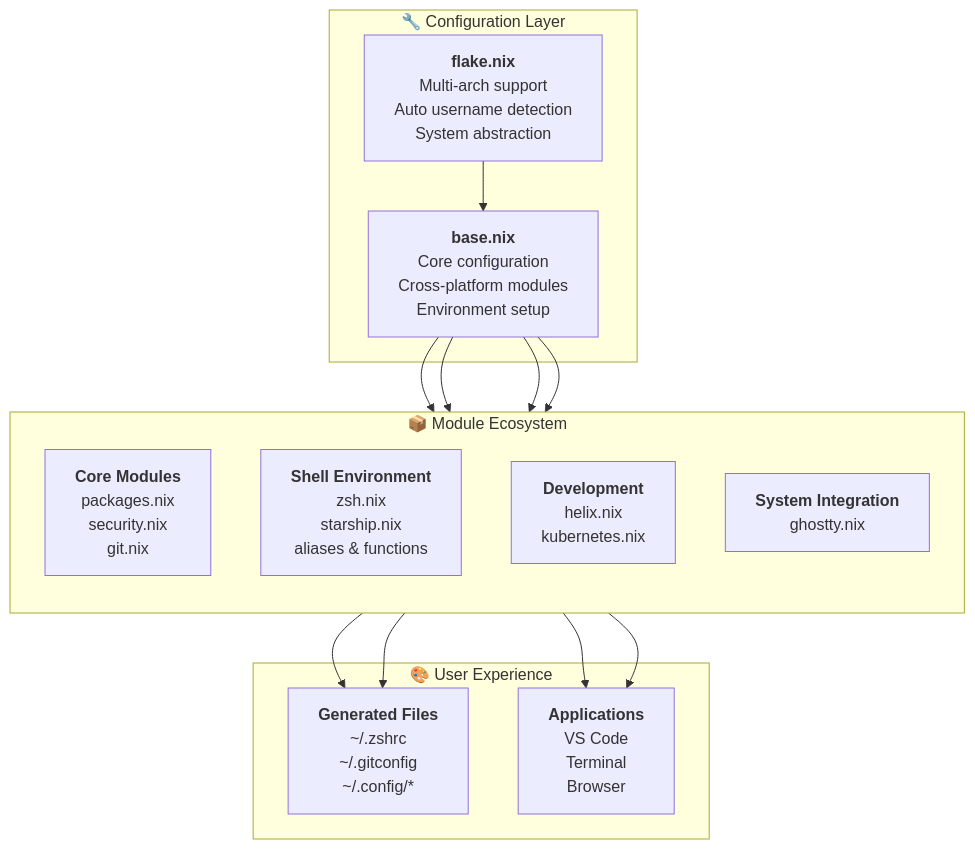
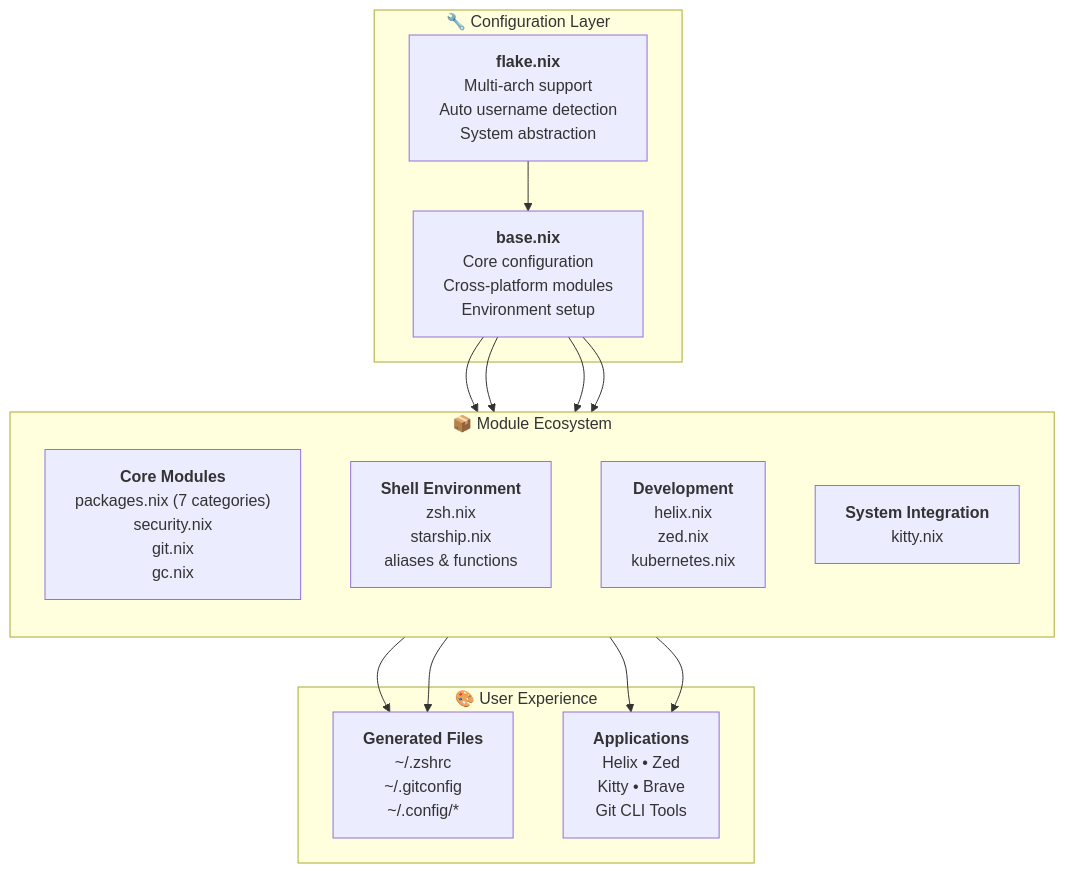
The first of 8 diagrams in docs/ARCHITECTURE.md (pampatzoglou/home-manager), drawn with Mermaid before and after one commit. The commit also changed other lines of this file and 1 other file, not shown here.

````diff
--- a/docs/ARCHITECTURE.md
+++ b/docs/ARCHITECTURE.md
@@ -7,51 +7,53 @@
 ```mermaid
 graph TB
     subgraph "🔧 Configuration Layer"
         flake["`**flake.nix**
         Multi-arch support
         Auto username detection
         System abstraction`"]
         base["`**base.nix**
         Core configuration
         Cross-platform modules
         Environment setup`"]
     end
 
     subgraph "📦 Module Ecosystem"
         direction TB
         core["`**Core Modules**
-        packages.nix
+        packages.nix (7 categories)
         security.nix
-        git.nix`"]
+        git.nix
+        gc.nix`"]
         shell["`**Shell Environment**
         zsh.nix
         starship.nix
         aliases & functions`"]
         dev["`**Development**
         helix.nix
+        zed.nix
         kubernetes.nix`"]
         sys["`**System Integration**
-        ghostty.nix`"]
+        kitty.nix`"]
     end
 
     subgraph "🎨 User Experience"
         dotfiles["`**Generated Files**
         ~/.zshrc
         ~/.gitconfig
         ~/.config/*`"]
         apps["`**Applications**
-        VS Code
-        Terminal
-        Browser`"]
+        Helix • Zed
+        Kitty • Brave
+        Git CLI Tools`"]
     end
 
     flake --> base
     base --> core
     base --> shell
     base --> dev
     base --> sys
     core --> dotfiles
     shell --> dotfiles
     dev --> apps
     sys --> apps
 ```
````
